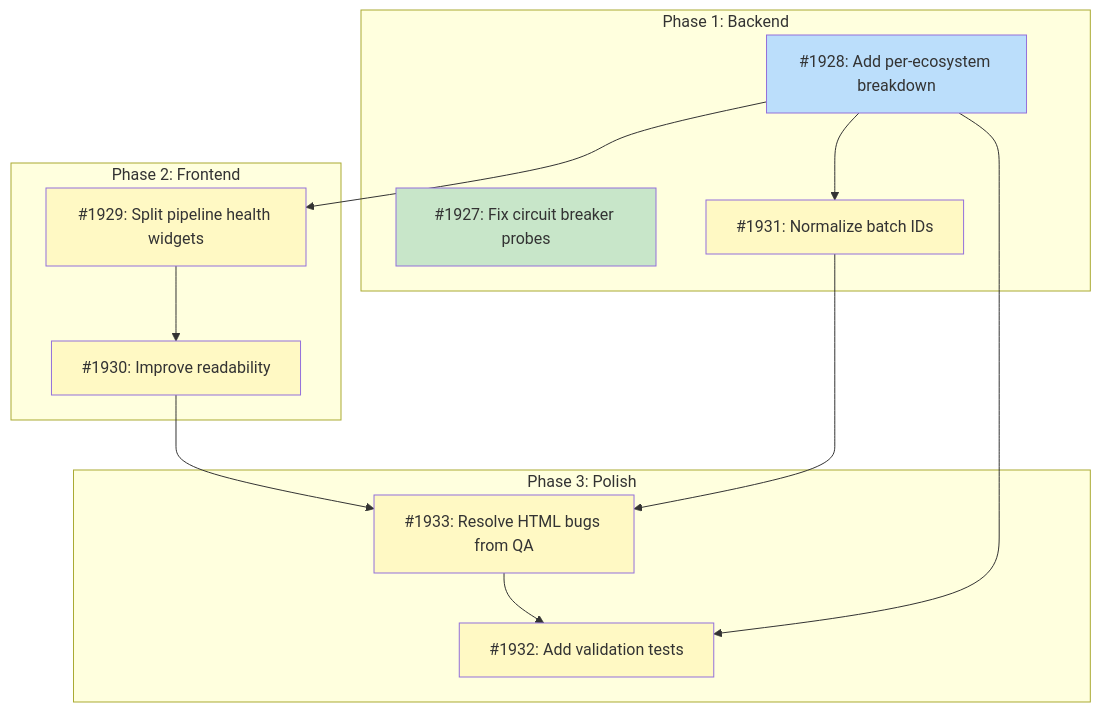
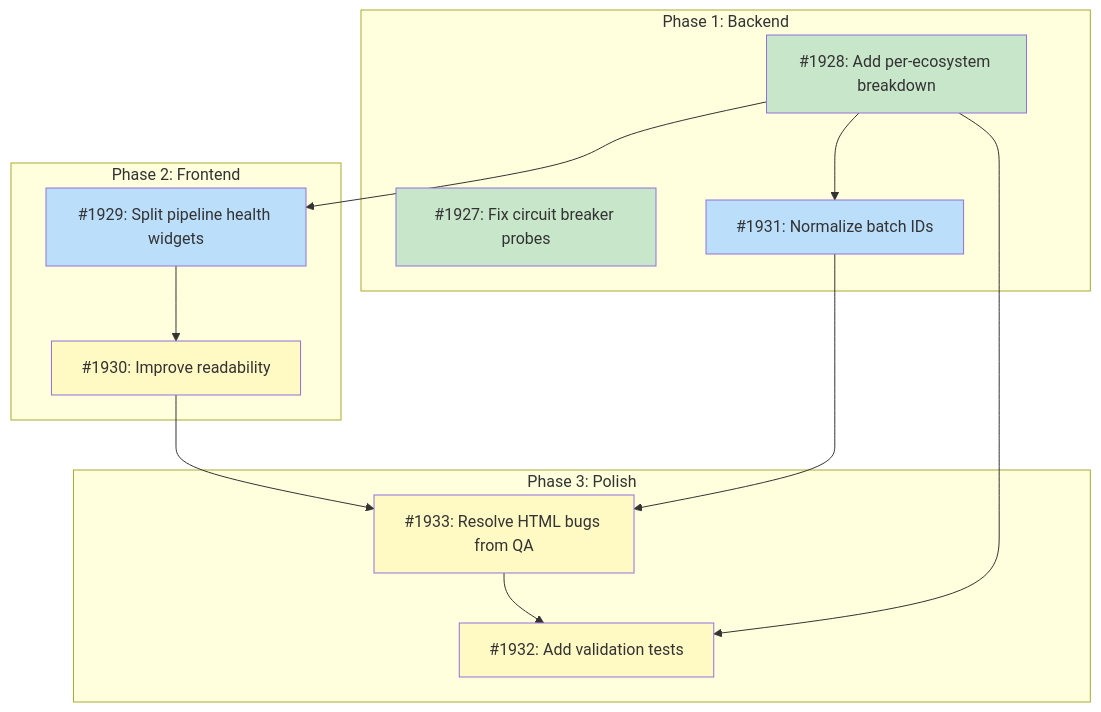
The diagram in docs/designs/DESIGN-pipeline-dashboard-overhaul.md (tsukumogami/tsuku), drawn with Mermaid before and after one commit. The commit also changed other lines of this file, not shown here.

Commit message:
docs(#1928): mark per-ecosystem queue breakdown as complete in design doc

````diff
--- a/docs/designs/DESIGN-pipeline-dashboard-overhaul.md
+++ b/docs/designs/DESIGN-pipeline-dashboard-overhaul.md
@@ -55,36 +55,36 @@
 ```mermaid
 graph TD
     subgraph Phase1["Phase 1: Backend"]
         I1927["#1927: Fix circuit breaker probes"]
         I1928["#1928: Add per-ecosystem breakdown"]
         I1931["#1931: Normalize batch IDs"]
     end
 
     subgraph Phase2["Phase 2: Frontend"]
         I1929["#1929: Split pipeline health widgets"]
         I1930["#1930: Improve readability"]
     end
 
     subgraph Phase3["Phase 3: Polish"]
         I1933["#1933: Resolve HTML bugs from QA"]
         I1932["#1932: Add validation tests"]
     end
 
     I1928 --> I1929
     I1928 --> I1931
     I1928 --> I1932
     I1929 --> I1930
     I1930 --> I1933
     I1931 --> I1933
     I1933 --> I1932
 
     classDef done fill:#c8e6c9
     classDef ready fill:#bbdefb
     classDef blocked fill:#fff9c4
     classDef needsDesign fill:#e1bee7
     classDef tracksDesign fill:#FFE0B2,stroke:#F57C00,color:#000
 
-    class I1927 done
-    class I1928 ready
-    class I1929,I1931,I1930,I1933,I1932 blocked
+    class I1927,I1928 done
+    class I1929,I1931 ready
+    class I1930,I1933,I1932 blocked
 ```
````
